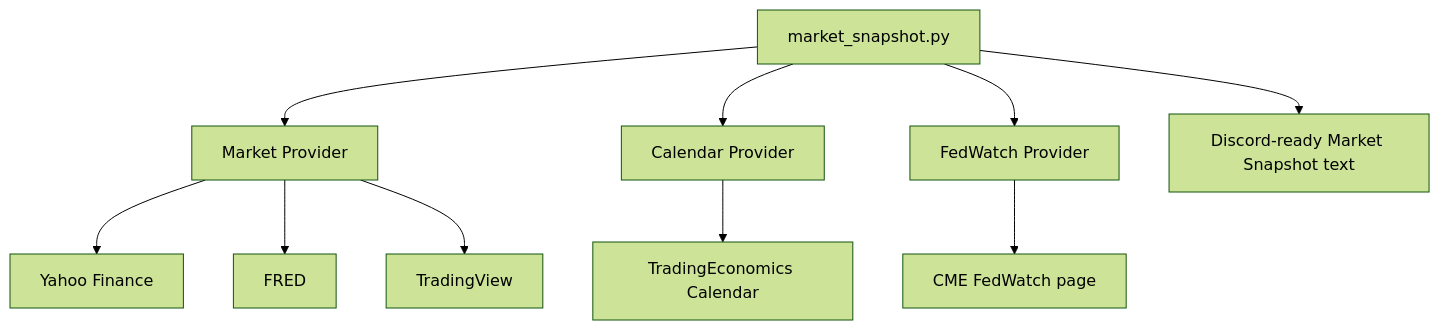
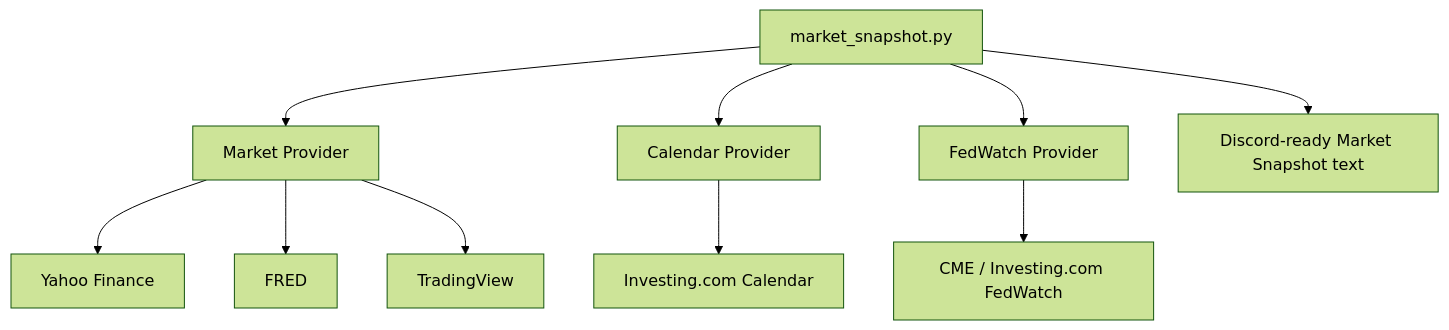
One commit to saccamoto0629-ops/BELIAL_dev changed the diagram in docs/market_snapshot_v1_2.md. Above: the diagram before and after it, drawn with Mermaid (forest theme). The commit also changed other lines of this file and 1 other file, not shown here.

````diff
--- a/docs/market_snapshot_v1_2.md
+++ b/docs/market_snapshot_v1_2.md
@@ -11,15 +11,15 @@
 ```mermaid
 flowchart TD
     A["market_snapshot.py"] --> B["Market Provider"]
     A --> C["Calendar Provider"]
     A --> D["FedWatch Provider"]
 
     B --> B1["Yahoo Finance"]
     B --> B2["FRED"]
     B --> B3["TradingView"]
 
-    C --> C1["TradingEconomics Calendar"]
-    D --> D1["CME FedWatch page"]
+    C --> C1["Investing.com Calendar"]
+    D --> D1["CME / Investing.com FedWatch"]
 
     A --> E["Discord-ready Market Snapshot text"]
 ```
````
